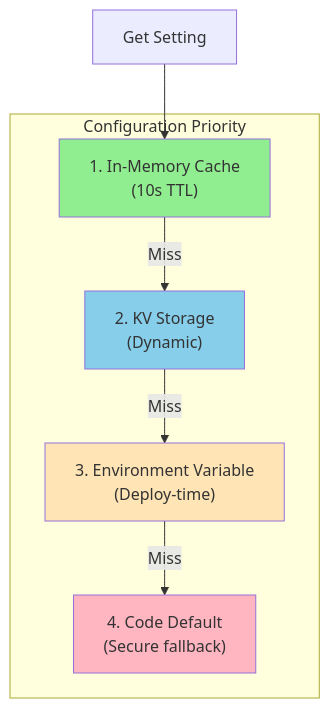
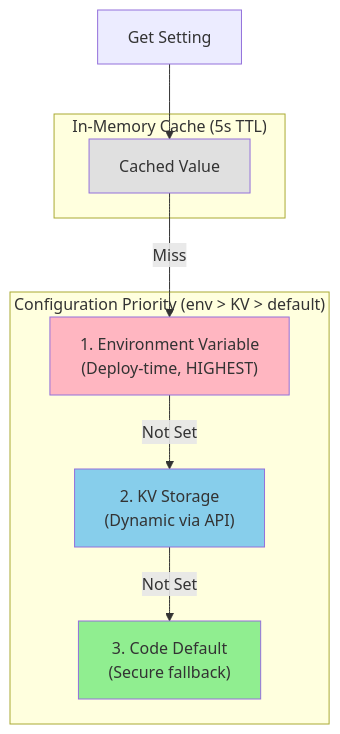
The first of 3 diagrams in docs/architecture/configuration.md (fossabot/authrim), drawn with Mermaid before and after one commit. The commit also changed other lines of this file and 50 other files, not shown here.

````diff
--- a/docs/architecture/configuration.md
+++ b/docs/architecture/configuration.md
@@ -20,19 +23,22 @@
 ```mermaid
 flowchart TB
-    subgraph Priority["Configuration Priority"]
-        Cache["1. In-Memory Cache<br/>(10s TTL)"]
-        KV["2. KV Storage<br/>(Dynamic)"]
-        Env["3. Environment Variable<br/>(Deploy-time)"]
-        Default["4. Code Default<br/>(Secure fallback)"]
+    subgraph Priority["Configuration Priority (env > KV > default)"]
+        Env["1. Environment Variable<br/>(Deploy-time, HIGHEST)"]
+        KV["2. KV Storage<br/>(Dynamic via API)"]
+        Default["3. Code Default<br/>(Secure fallback)"]
     end
 
-    Request[Get Setting] --> Cache
-    Cache -->|Miss| KV
-    KV -->|Miss| Env
-    Env -->|Miss| Default
+    subgraph Cache["In-Memory Cache (5s TTL)"]
+        Cached["Cached Value"]
+    end
 
-    style Cache fill:#90EE90
+    Request[Get Setting] --> Cached
+    Cached -->|Miss| Env
+    Env -->|Not Set| KV
+    KV -->|Not Set| Default
+
+    style Env fill:#FFB6C1
     style KV fill:#87CEEB
-    style Env fill:#FFE4B5
-    style Default fill:#FFB6C1
+    style Default fill:#90EE90
+    style Cached fill:#E0E0E0
 ```
````
